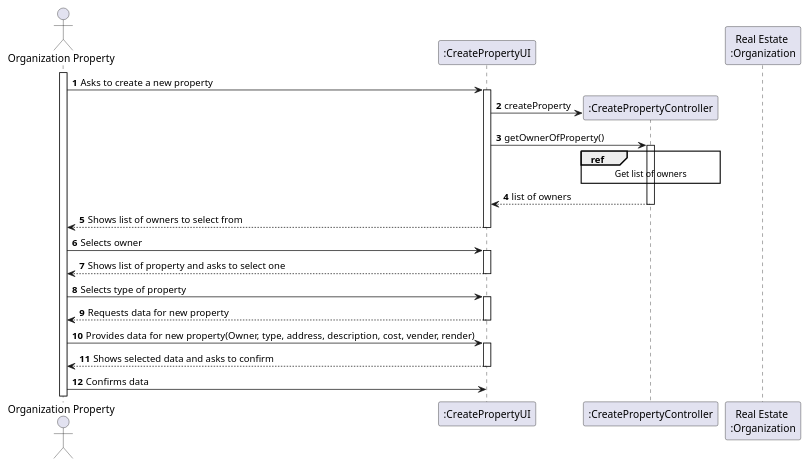
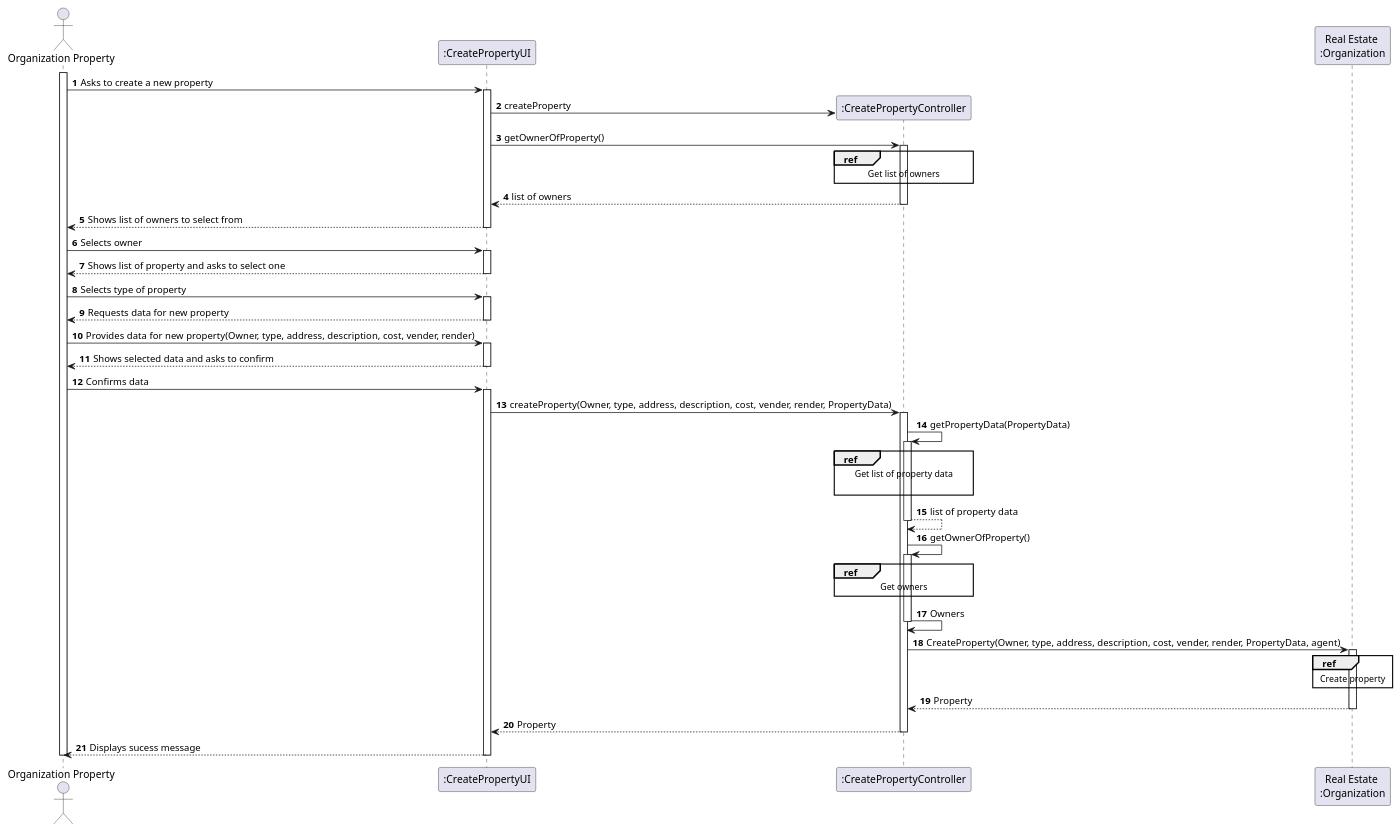
The diagram in lei-22-s2-1do-g68/docs/SprintB/us004/03.design/puml/us006-sequence-diagram-split.puml (hugosilva2901/lei-22-s2-1DO-g68), drawn with PlantUML before and after one commit.

Commit message:
Update on the us004 sequence diagram

```diff
--- a/lei-22-s2-1do-g68/docs/SprintB/us004/03.design/puml/us006-sequence-diagram-split.puml
+++ b/lei-22-s2-1do-g68/docs/SprintB/us004/03.design/puml/us006-sequence-diagram-split.puml
@@ -1,52 +1,97 @@
 @startuml
 'https://plantuml.com/sequence-diagram
 
 autonumber
 
 actor "Organization Property" as ADM
 participant ":CreatePropertyUI" as UI
 participant ":CreatePropertyController" as CTRL
 participant "Real Estate \n:Organization" as ORG
 
 activate ADM
 
     ADM -> UI: Asks to create a new property
 
     activate UI
         UI -> CTRL**: createProperty
         UI -> CTRL: getOwnerOfProperty()
 
         ref over CTRL
             Get list of owners
         end ref
 
         activate CTRL
 
             CTRL --> UI: list of owners
         deactivate CTRL
 
         UI --> ADM: Shows list of owners to select from
 
         deactivate UI
 
     ADM -> UI: Selects owner
 
     activate UI
 
     UI --> ADM: Shows list of property and asks to select one
     deactivate UI
 
     ADM -> UI: Selects type of property
 
     activate UI
 
     UI --> ADM: Requests data for new property
     deactivate UI
     ADM -> UI: Provides data for new property(Owner, type, address, description, cost, vender, render)
     activate UI
     UI --> ADM: Shows selected data and asks to confirm
     deactivate UI
 
     ADM -> UI: Confirms data
 
+    activate UI
+        UI -> CTRL: createProperty(Owner, type, address, description, cost, vender, render, PropertyData)
+        activate CTRL
+            CTRL -> CTRL: getPropertyData(PropertyData)
+            activate CTRL
+
+            ref over CTRL
+                Get list of property data
+
+            end ref
+
+            CTRL --> CTRL: list of property data
+            deactivate CTRL
+
+            CTRL -> CTRL: getOwnerOfProperty()
+
+            activate CTRL
+
+            ref over CTRL
+                Get owners
+            end ref
+
+            CTRL -> CTRL: Owners
+            deactivate CTRL
+
+            CTRL -> ORG: CreateProperty(Owner, type, address, description, cost, vender, render, PropertyData, agent)
+
+            activate ORG
+
+            ref over ORG
+                Create property
+            end ref
+
+            ORG --> CTRL: Property
+            deactivate ORG
+
+            CTRL --> UI: Property
+
+            deactivate CTRL
+
+            UI --> ADM: Displays sucess message
+
+        deactivate UI
+
+    deactivate ADM
 @enduml
```
